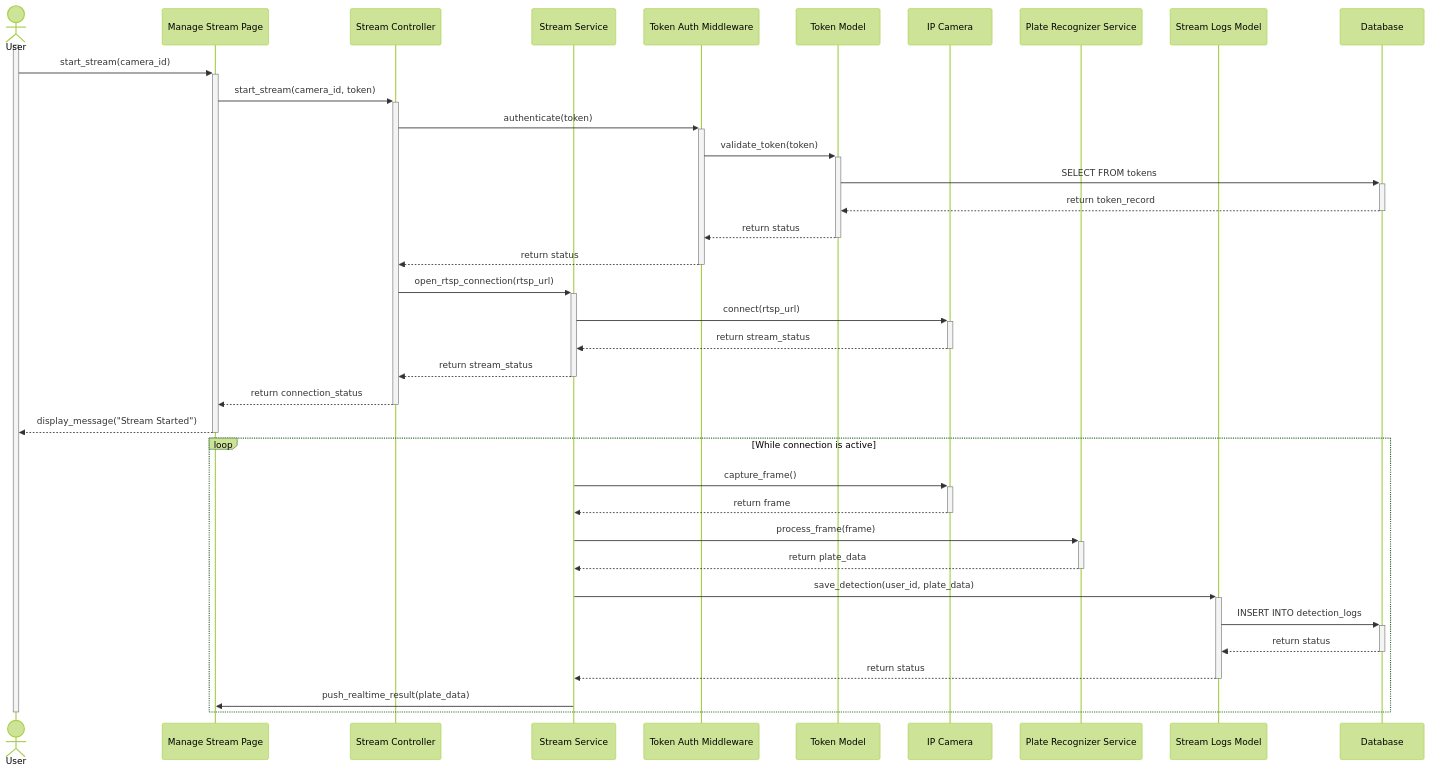
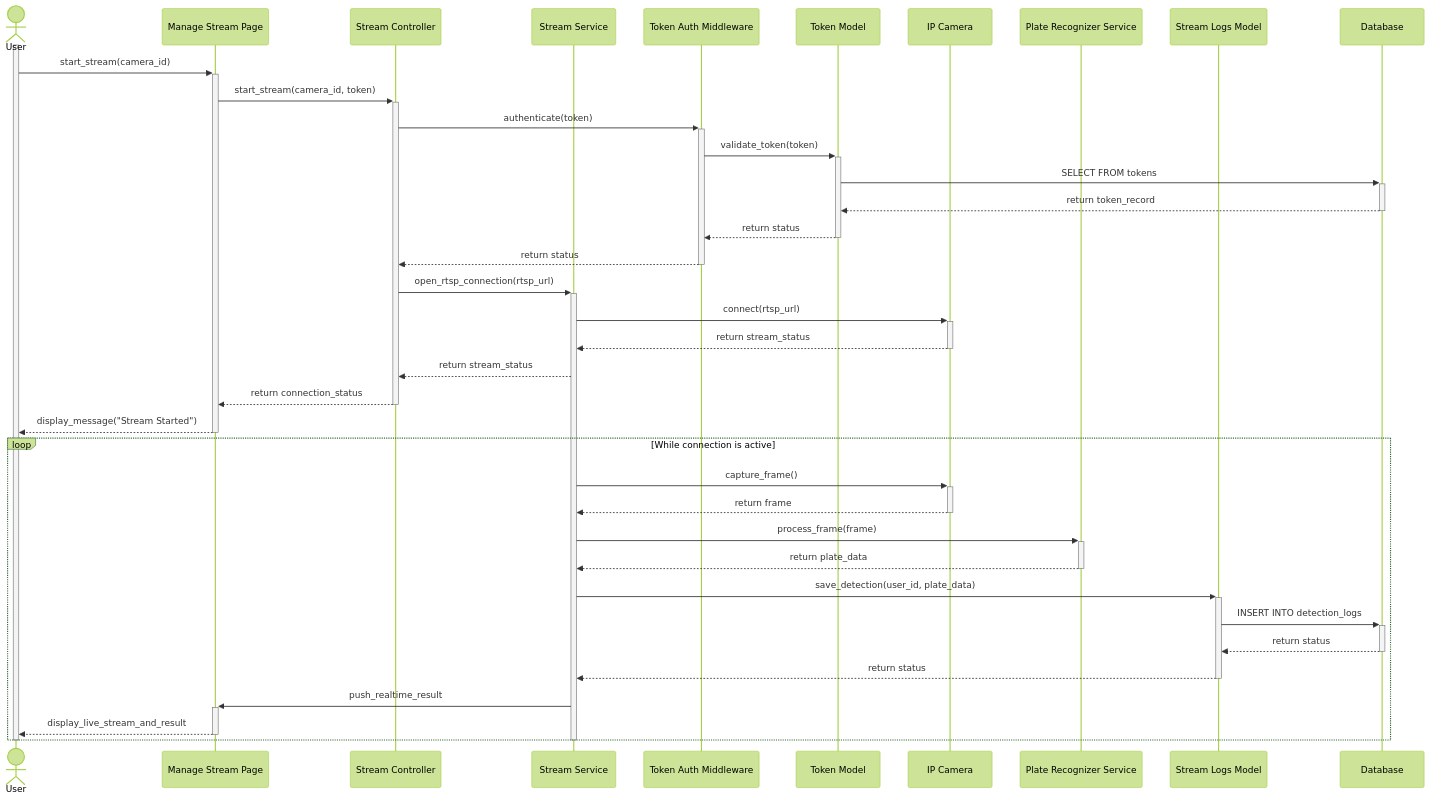
One commit to Tanaphat-Ken/ALPR-V2 changed diagram 13 of 20 in SYSTEM_DIAGRAMS.md. Above: the diagram before and after it, drawn with Mermaid (forest theme). The commit also changed other lines of this file, not shown here.

````diff
--- a/SYSTEM_DIAGRAMS.md
+++ b/SYSTEM_DIAGRAMS.md
@@ -577,42 +577,44 @@
 ```mermaid
 sequenceDiagram
     actor User
     participant StreamPage as Manage Stream Page
     participant StreamController as Stream Controller
     participant StreamService as Stream Service
     participant TAM as Token Auth Middleware
     participant TokenModel as Token Model
     participant CAM as IP Camera
     participant PR as Plate Recognizer Service
     participant StreamLogsModel as Stream Logs Model
     participant DB as Database
 
     activate User
     User->>+StreamPage: start_stream(camera_id)
     StreamPage->>+StreamController: start_stream(camera_id, token)
     StreamController->>+TAM: authenticate(token)
     TAM->>+TokenModel: validate_token(token)
     TokenModel->>+DB: SELECT FROM tokens
     DB-->>-TokenModel: return token_record
     TokenModel-->>-TAM: return status
     TAM-->>-StreamController: return status
     StreamController->>+StreamService: open_rtsp_connection(rtsp_url)
     StreamService->>+CAM: connect(rtsp_url)
     CAM-->>-StreamService: return stream_status
-    StreamService-->>-StreamController: return stream_status
+    StreamService-->>StreamController: return stream_status
     StreamController-->>-StreamPage: return connection_status
     StreamPage-->>-User: display_message("Stream Started")
 
     loop While connection is active
         StreamService->>+CAM: capture_frame()
         CAM-->>-StreamService: return frame
         StreamService->>+PR: process_frame(frame)
         PR-->>-StreamService: return plate_data
         StreamService->>+StreamLogsModel: save_detection(user_id, plate_data)
         StreamLogsModel->>+DB: INSERT INTO detection_logs
         DB-->>-StreamLogsModel: return status
         StreamLogsModel-->>-StreamService: return status
-        StreamService->>StreamPage: push_realtime_result(plate_data)
+        StreamService->>+StreamPage: push_realtime_result
+        StreamPage-->>-User: display_live_stream_and_result
     end
+    deactivate StreamService
     deactivate User
 ```
````
